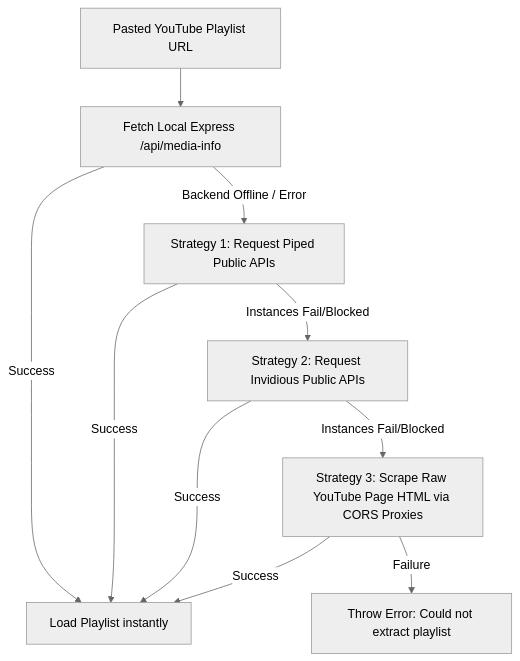
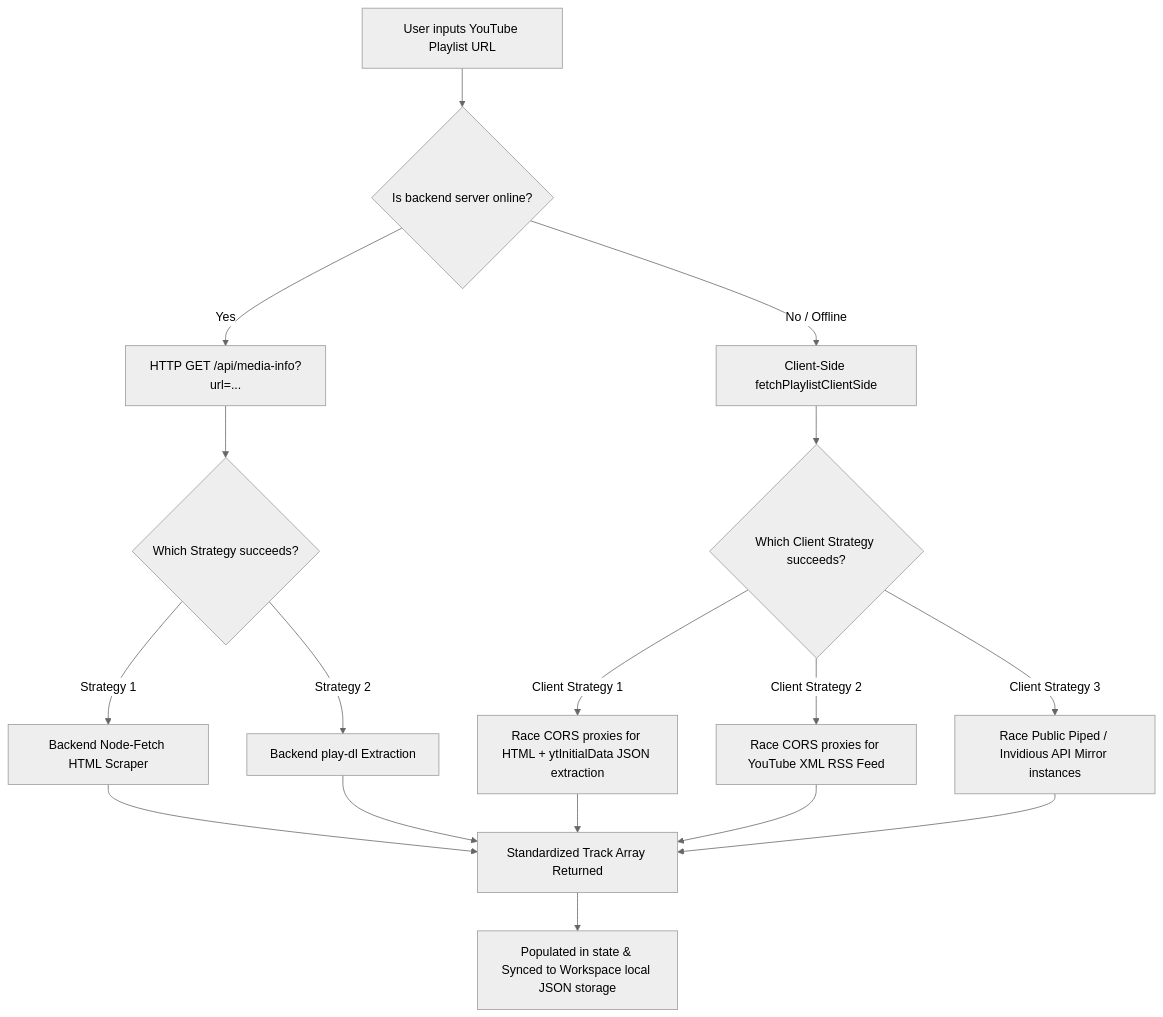
One commit to codingwithom/JeeAppv9 changed the first of 3 diagrams in artifacts/jee-prep/README.md. Above: the diagram before and after it, drawn with Mermaid (neutral theme). The commit also changed other lines of this file and 3 other files, not shown here.

````diff
--- a/artifacts/jee-prep/README.md
+++ b/artifacts/jee-prep/README.md
@@ -228,12 +143,18 @@
 ```mermaid
-graph TD
-    A[Pasted YouTube Playlist URL] --> B[Fetch Local Express /api/media-info]
-    B -- Success --> C[Load Playlist instantly]
-    B -- Backend Offline / Error --> D[Strategy 1: Request Piped Public APIs]
-    D -- Success --> C
-    D -- Instances Fail/Blocked --> E[Strategy 2: Request Invidious Public APIs]
-    E -- Success --> C
-    E -- Instances Fail/Blocked --> F[Strategy 3: Scrape Raw YouTube Page HTML via CORS Proxies]
-    F -- Success --> C
-    F -- Failure --> G[Throw Error: Could not extract playlist]
+flowchart TD
+    A[User inputs YouTube Playlist URL] --> B{Is backend server online?}
+    
+    B -- Yes --> C[HTTP GET /api/media-info?url=...]
+    C --> D{Which Strategy succeeds?}
+    D -- Strategy 1 --> E[Backend Node-Fetch HTML Scraper]
+    D -- Strategy 2 --> F[Backend play-dl Extraction]
+    
+    B -- No / Offline --> G[Client-Side fetchPlaylistClientSide]
+    G --> H{Which Client Strategy succeeds?}
+    H -- Client Strategy 1 --> I[Race CORS proxies for HTML + ytInitialData JSON extraction]
+    H -- Client Strategy 2 --> J[Race CORS proxies for YouTube XML RSS Feed]
+    H -- Client Strategy 3 --> K[Race Public Piped / Invidious API Mirror instances]
+    
+    E & F & I & J & K --> L[Standardized Track Array Returned]
+    L --> M[Populated in state & Synced to Workspace local JSON storage]
 ```
````
